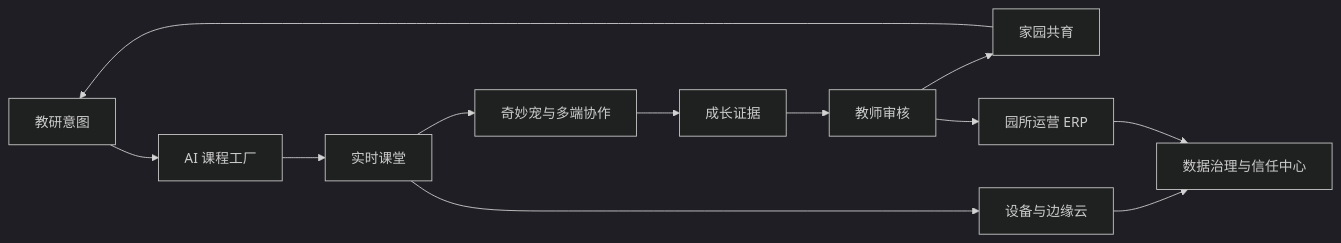
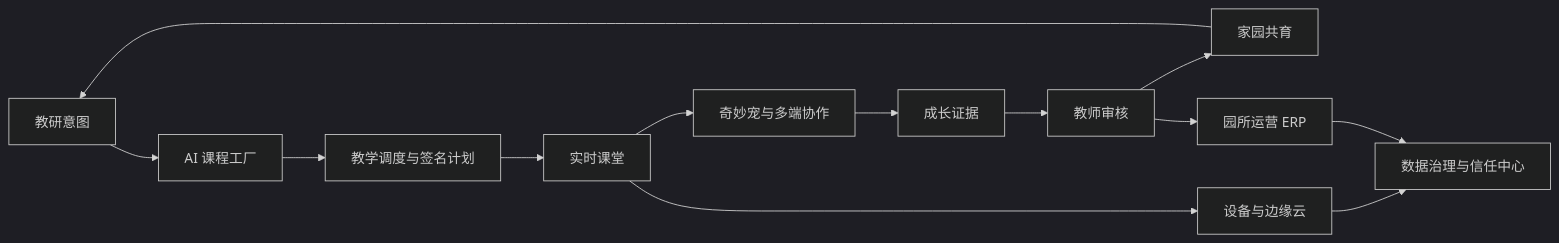
One commit to LinuxZhou93/ai-playground changed the first of 2 diagrams in docs/xmp/XMP_PRODUCT_DOSSIER.md. Above: the diagram before and after it, drawn with Mermaid (dark theme). The commit also changed other lines of this file and 23 other files, not shown here.

````diff
--- a/docs/xmp/XMP_PRODUCT_DOSSIER.md
+++ b/docs/xmp/XMP_PRODUCT_DOSSIER.md
@@ -26,14 +26,15 @@
 ```mermaid
 flowchart LR
   A["教研意图"] --> B["AI 课程工厂"]
-  B --> C["实时课堂"]
+  B --> S["教学调度与签名计划"]
+  S --> C["实时课堂"]
   C --> D["奇妙宠与多端协作"]
   D --> E["成长证据"]
   E --> F["教师审核"]
   F --> G["家园共育"]
   G --> A
   C --> H["设备与边缘云"]
   F --> I["园所运营 ERP"]
   H --> J["数据治理与信任中心"]
   I --> J
 ```
````
